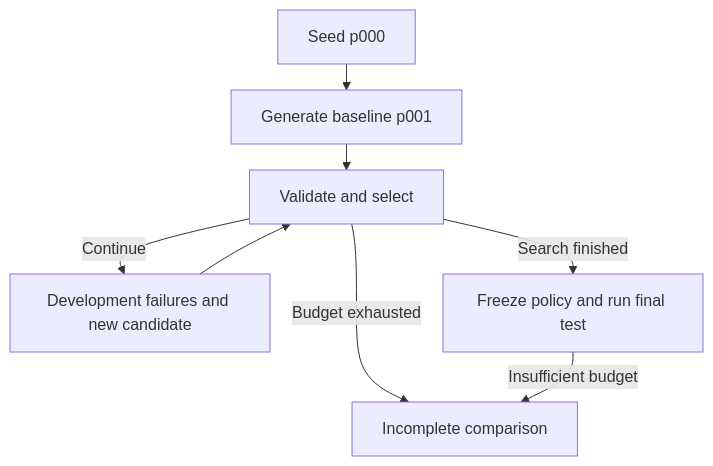
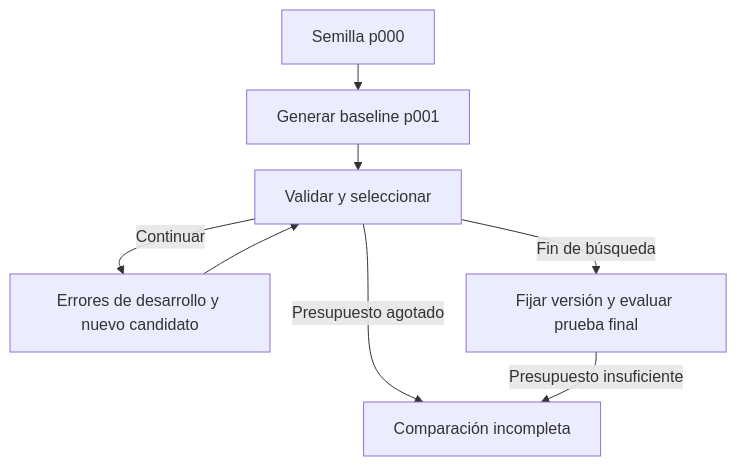
The diagram in research/cases/case-0003-debt-negotiation/diagrams/search.mmd (jairzinhosantos/thinking-harness), drawn with Mermaid before and after one commit. The commit also changed 56 other files, not shown here.

```diff
--- a/research/cases/case-0003-debt-negotiation/diagrams/search.mmd
+++ b/research/cases/case-0003-debt-negotiation/diagrams/search.mmd
@@ -1,14 +1,14 @@
 ---
 config:
   flowchart:
     rankSpacing: 26
     nodeSpacing: 24
 ---
 flowchart TD
-    S["Seed p000"] --> B["Generate baseline p001"]
-    B --> V["Validate and select"]
-    V -->|Continue| C["Development failures and new candidate"]
+    S["Semilla p000"] --> B["Generar baseline p001"]
+    B --> V["Validar y seleccionar"]
+    V -->|Continuar| C["Errores de desarrollo y nuevo candidato"]
     C --> V
-    V -->|Search finished| T["Freeze policy and run final test"]
-    V -->|Budget exhausted| X["Incomplete comparison"]
-    T -->|Insufficient budget| X
+    V -->|Fin de búsqueda| T["Fijar versión y evaluar prueba final"]
+    V -->|Presupuesto agotado| X["Comparación incompleta"]
+    T -->|Presupuesto insuficiente| X
```
